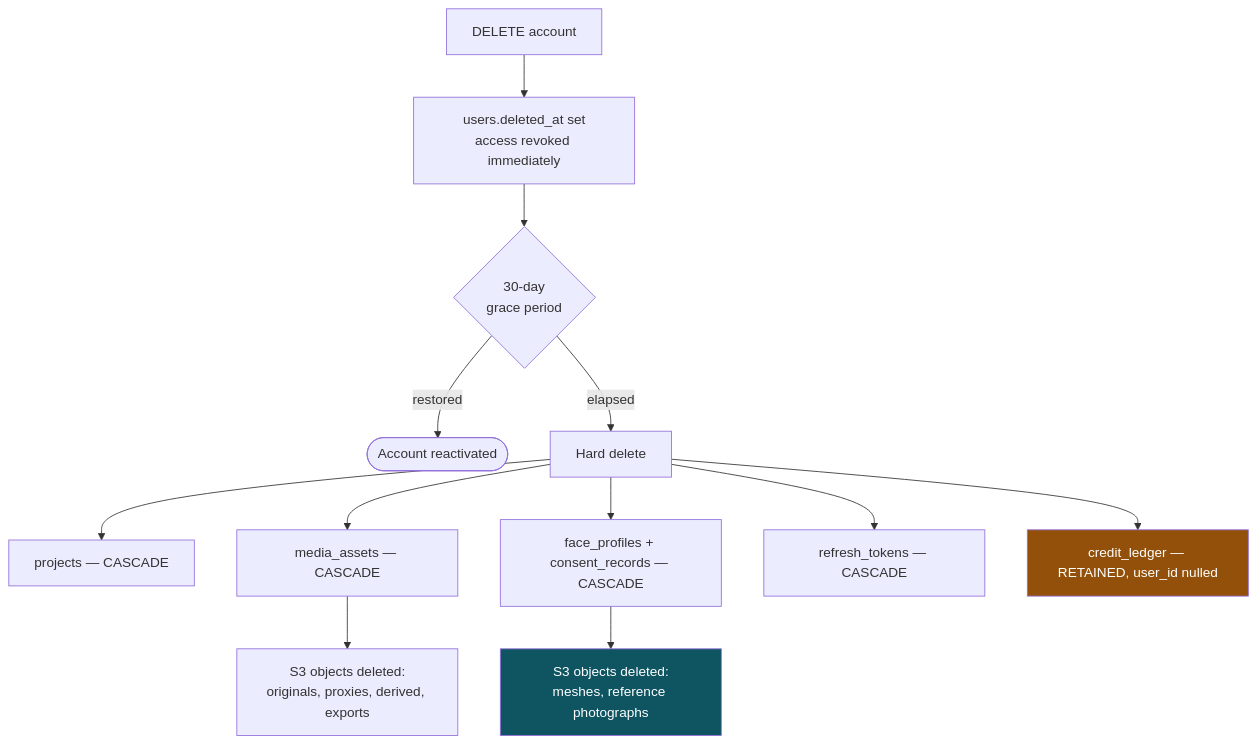
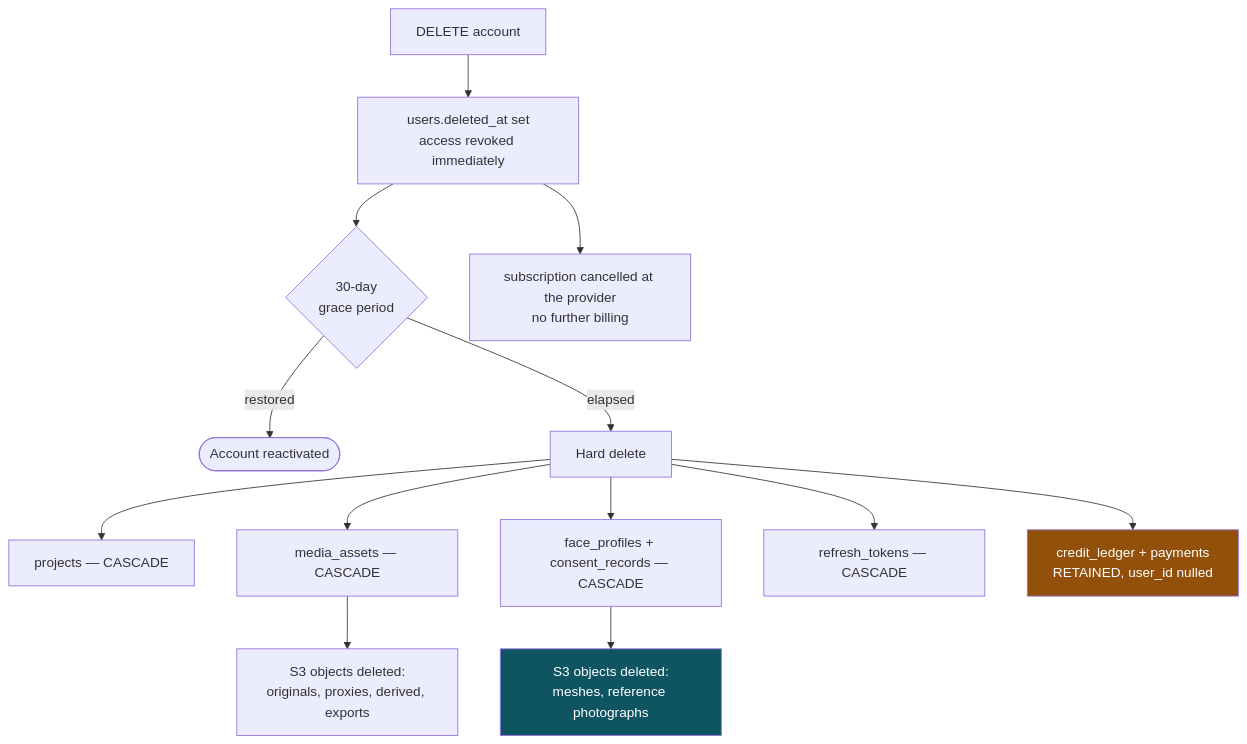
One commit to PARTH-CODE2012/zipzop-backend changed the third of 4 diagrams in docs/diagrams/data-model.md. Above: the diagram before and after it, drawn with Mermaid. The commit also changed other lines of this file and 10 other files, not shown here.

````diff
--- a/docs/diagrams/data-model.md
+++ b/docs/diagrams/data-model.md
@@ -156,20 +211,22 @@
 ```mermaid
 flowchart TB
     U["DELETE account"] --> SOFT["users.deleted_at set<br/>access revoked immediately"]
     SOFT --> GRACE{"30-day<br/>grace period"}
     GRACE -->|"restored"| BACK(["Account reactivated"])
     GRACE -->|"elapsed"| HARD["Hard delete"]
+
+    SOFT --> CANCEL["subscription cancelled at the provider<br/>no further billing"]
 
     HARD --> P["projects — CASCADE"]
     HARD --> A["media_assets — CASCADE"]
     HARD --> F["face_profiles + consent_records — CASCADE"]
     HARD --> T["refresh_tokens — CASCADE"]
 
     A --> S3D["S3 objects deleted:<br/>originals, proxies, derived, exports"]
     F --> S3F["S3 objects deleted:<br/>meshes, reference photographs"]
 
-    HARD --> L["credit_ledger — RETAINED, user_id nulled"]
+    HARD --> L["credit_ledger + payments<br/>RETAINED, user_id nulled"]
 
     style L fill:#92500a,color:#fff
     style S3F fill:#0e5561,color:#fff
 ```
````
